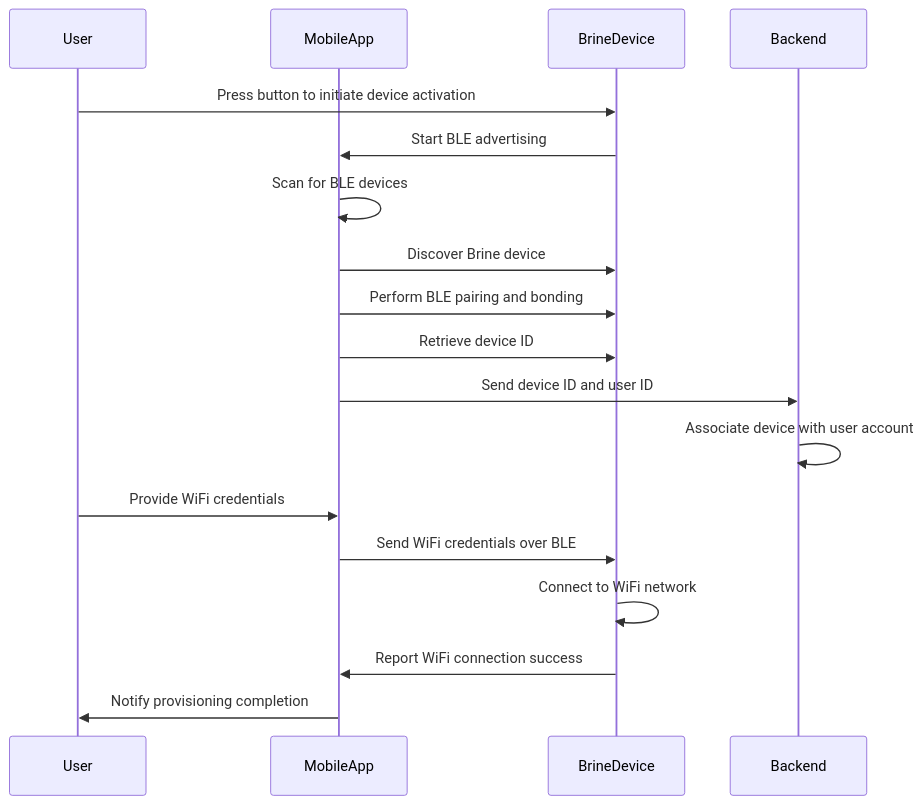
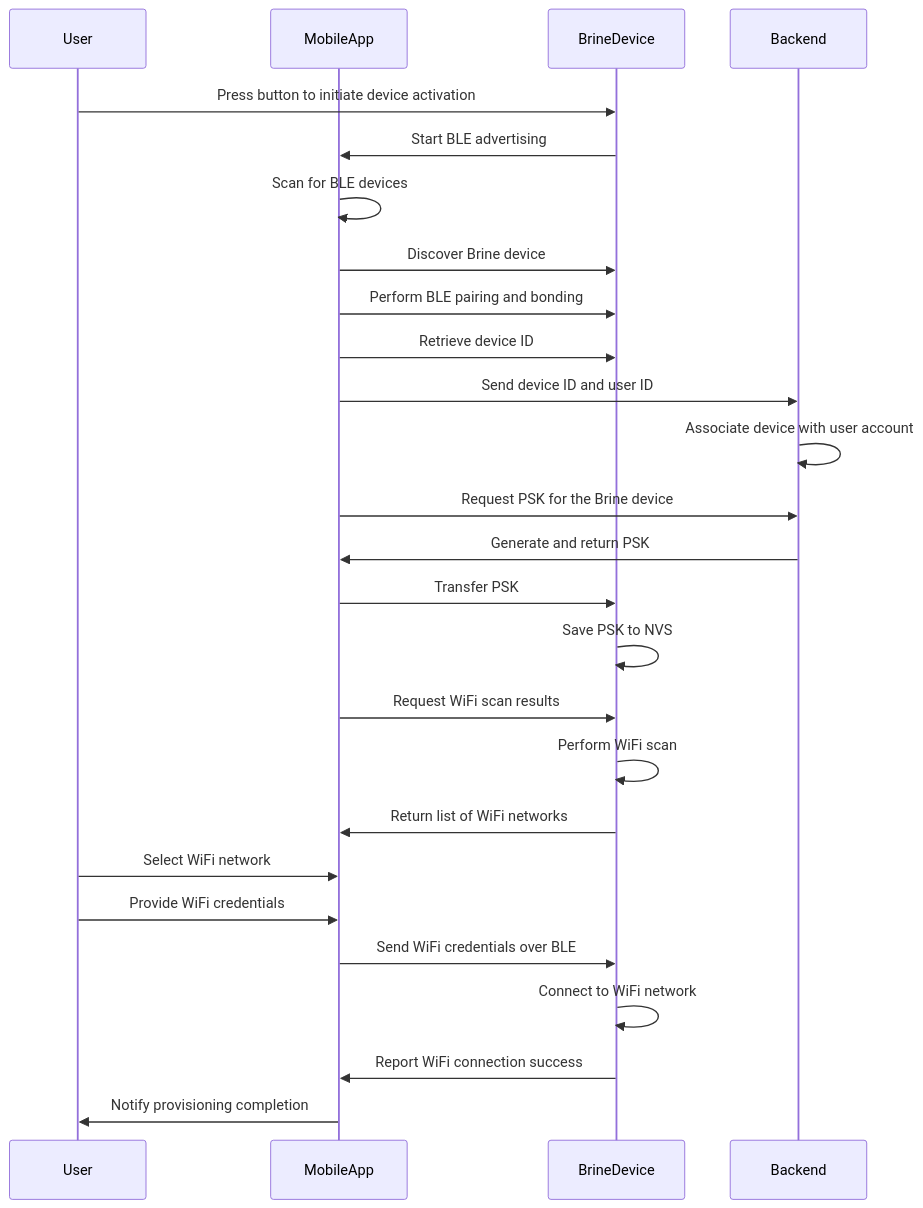
Before and after one commit to Toglefritz/Brine: the diagram in brine_app/README.md, drawn with Mermaid. The commit also changed other lines of this file and 24 other files, not shown here.

Commit message:
Get PSK and transfer to Brine :old_key:

````diff
--- a/brine_app/README.md
+++ b/brine_app/README.md
@@ -40,21 +40,29 @@
 ```mermaid
 sequenceDiagram
     participant User
     participant MobileApp
     participant BrineDevice
     participant Backend
 
     User ->> BrineDevice: Press button to initiate device activation
     BrineDevice ->> MobileApp: Start BLE advertising
     MobileApp ->> MobileApp: Scan for BLE devices
     MobileApp ->> BrineDevice: Discover Brine device
     MobileApp ->> BrineDevice: Perform BLE pairing and bonding
     MobileApp ->> BrineDevice: Retrieve device ID
     MobileApp ->> Backend: Send device ID and user ID
     Backend ->> Backend: Associate device with user account
+    MobileApp ->> Backend: Request PSK for the Brine device
+    Backend ->> MobileApp: Generate and return PSK
+    MobileApp ->> BrineDevice: Transfer PSK
+    BrineDevice ->> BrineDevice: Save PSK to NVS
+    MobileApp ->> BrineDevice: Request WiFi scan results
+    BrineDevice ->> BrineDevice: Perform WiFi scan
+    BrineDevice ->> MobileApp: Return list of WiFi networks
+    User ->> MobileApp: Select WiFi network
     User ->> MobileApp: Provide WiFi credentials
     MobileApp ->> BrineDevice: Send WiFi credentials over BLE
     BrineDevice ->> BrineDevice: Connect to WiFi network
     BrineDevice ->> MobileApp: Report WiFi connection success
     MobileApp ->> User: Notify provisioning completion
 ```
````
